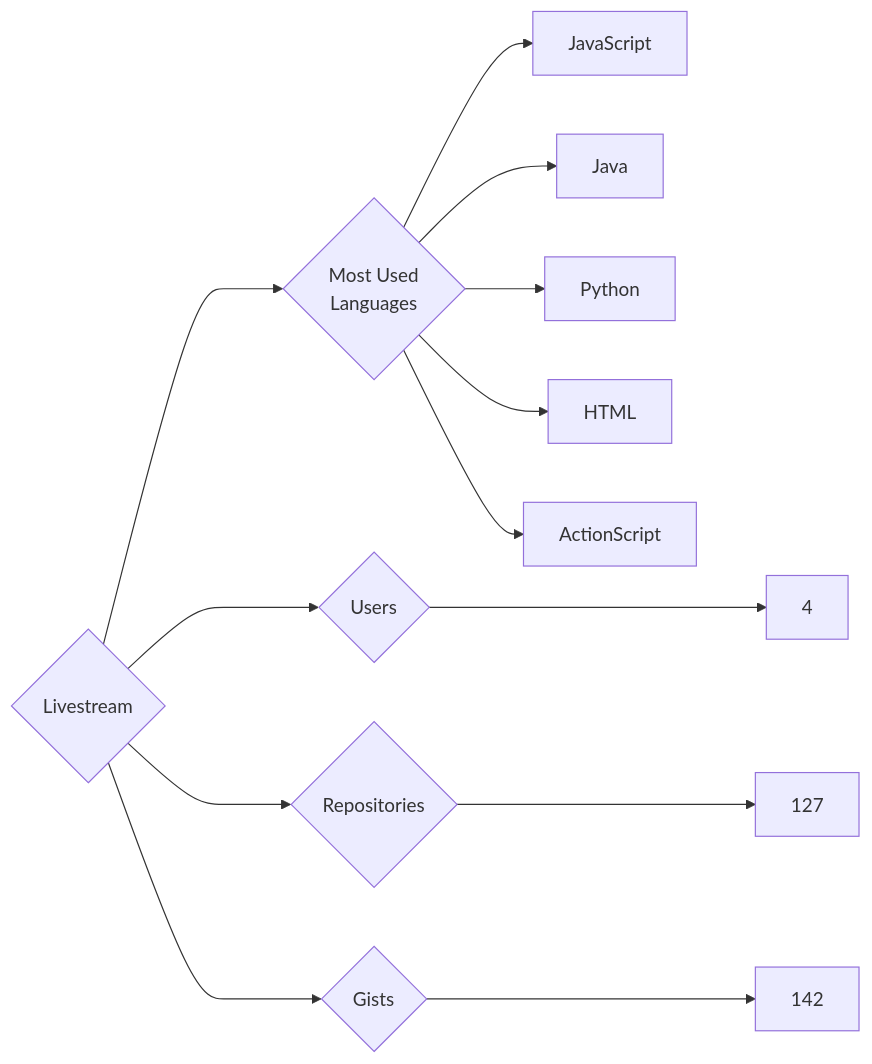
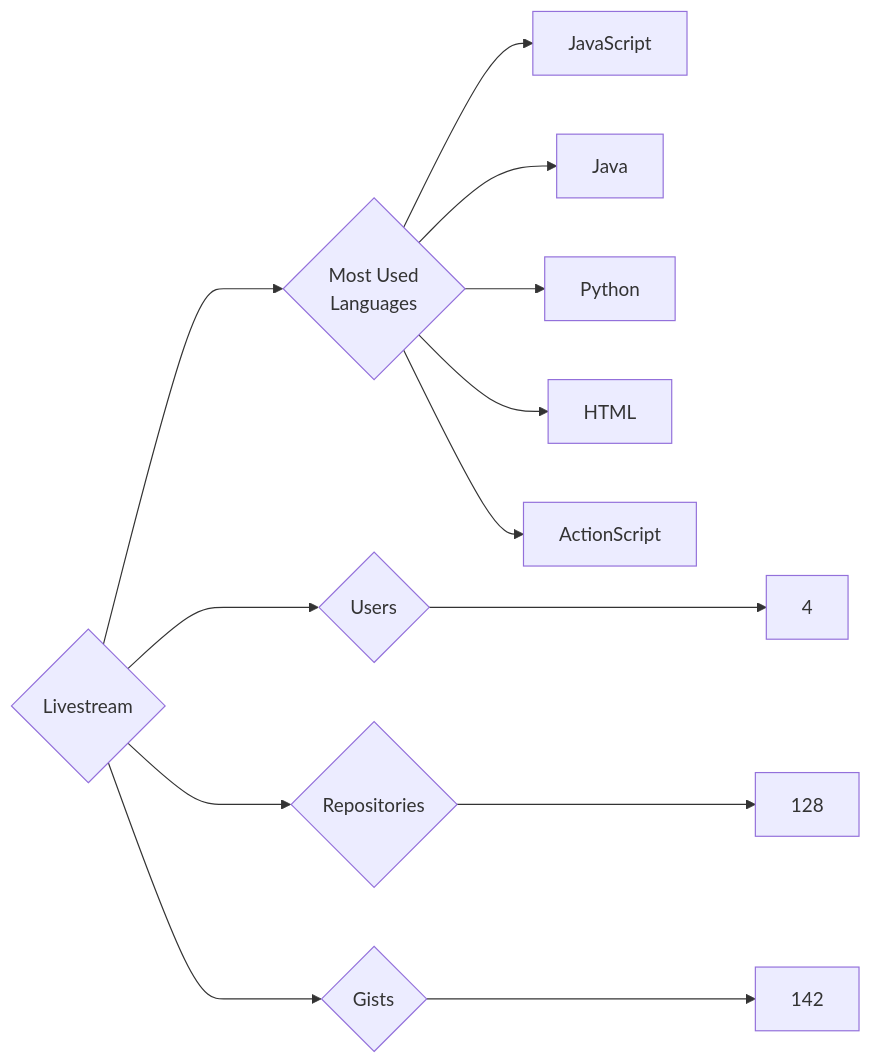
Before and after one commit to trickest/insiders: the diagram in targets/Livestream/README.md, drawn with Mermaid. The commit also changed 611 other files, not shown here.

````diff
--- a/targets/Livestream/README.md
+++ b/targets/Livestream/README.md
@@ -3,13 +3,13 @@
 ```mermaid
 graph LR
 COMPANY_NAME{Livestream}
 COMPANY_NAME ---> U{Users} ---> UN[4]
-COMPANY_NAME ---> R{Repositories} ---> RN[127]
+COMPANY_NAME ---> R{Repositories} ---> RN[128]
 COMPANY_NAME ---> G{Gists} ---> GN[142]
 COMPANY_NAME ---> ML{Most Used<br>Languages}
 ML --> JavaScript[JavaScript]
 ML --> Java[Java]
 ML --> Python[Python]
 ML --> HTML[HTML]
 ML --> ActionScript[ActionScript]
 ```
````
